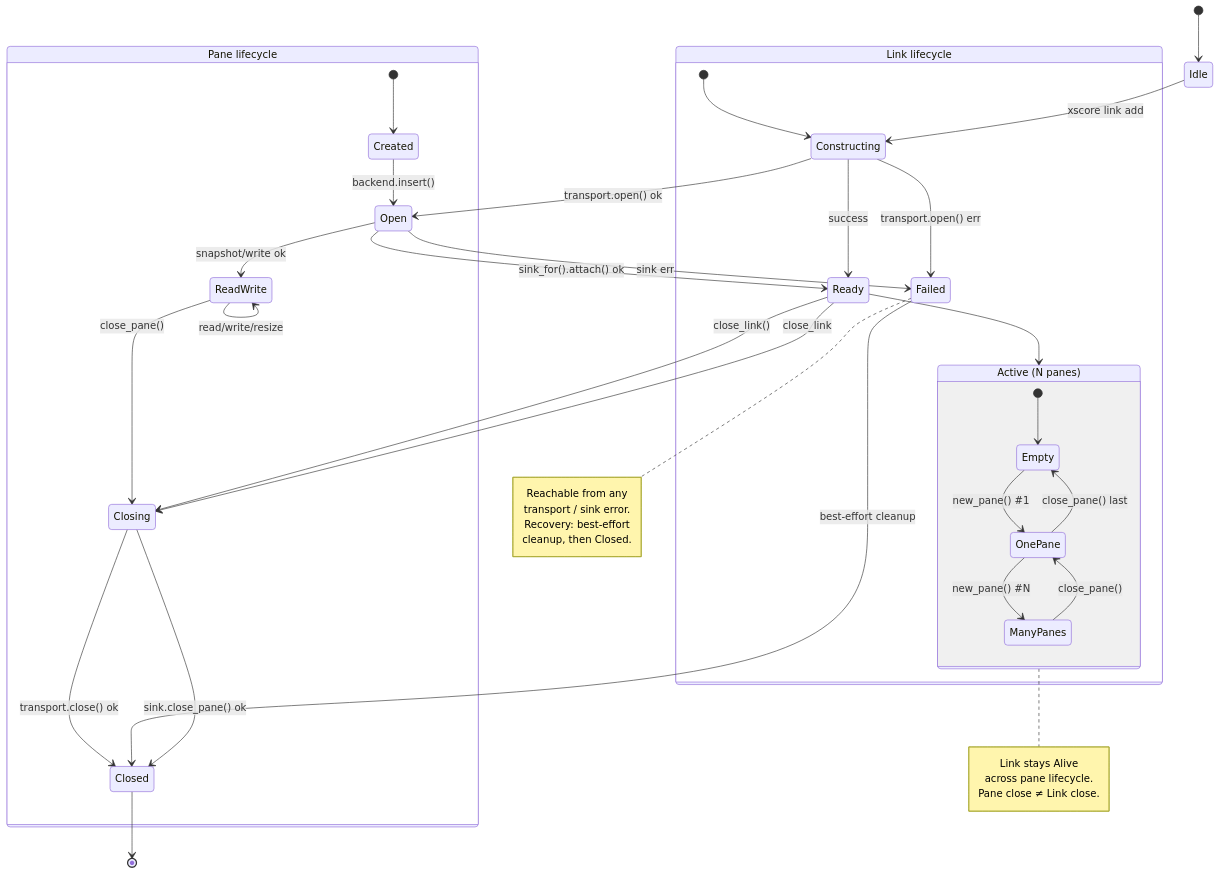
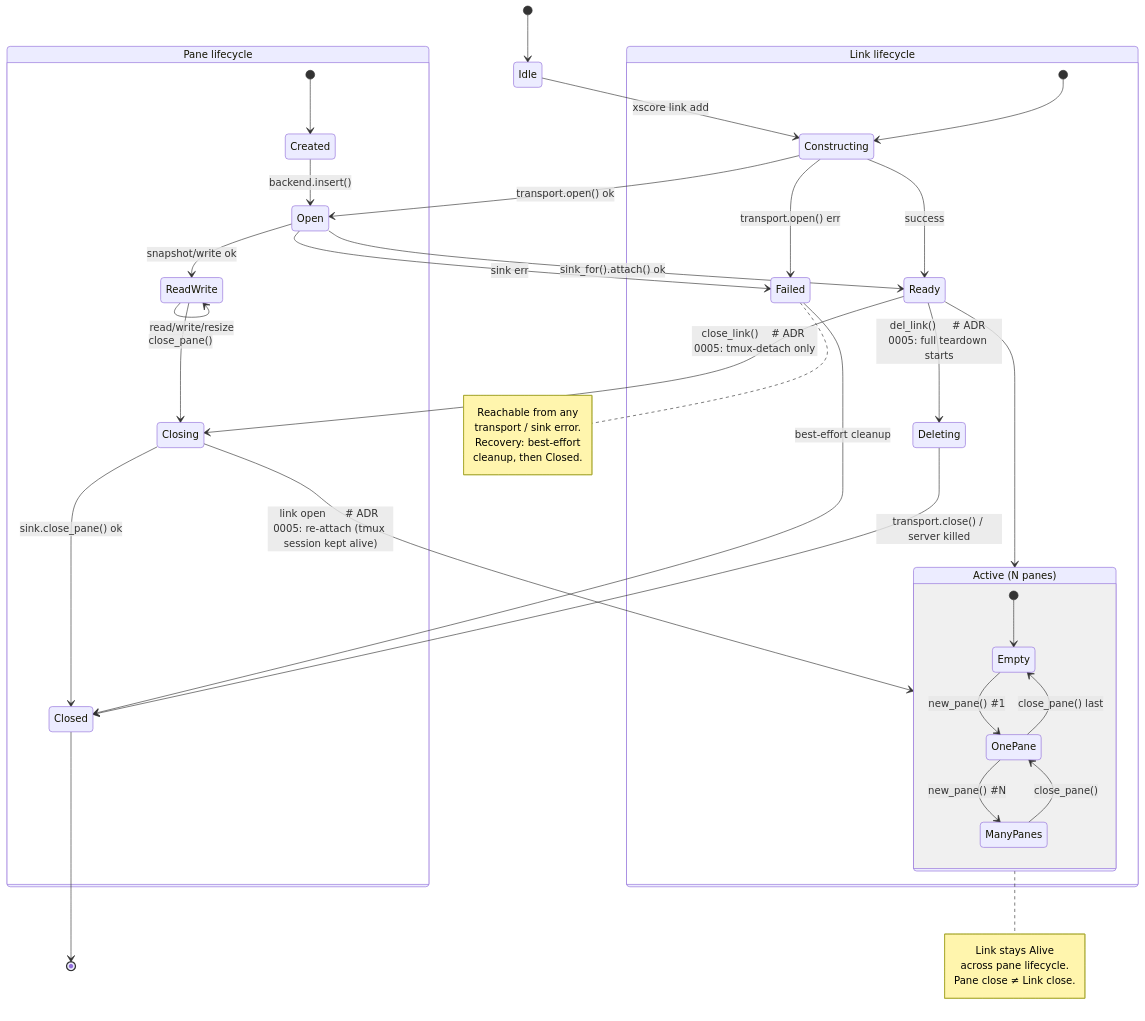
The second of 3 diagrams in doc/dev/architecture/diagrams/README.md (xiaoshan1234/xscore), drawn with Mermaid before and after one commit. The commit also changed other lines of this file and 13 other files, not shown here.

First line of the commit message:
refactor(cli): four-verb link tree (add/del/open/close), retire --link=existing

````diff
--- a/doc/dev/architecture/diagrams/README.md
+++ b/doc/dev/architecture/diagrams/README.md
@@ -119,51 +123,54 @@
 ```mermaid
 stateDiagram-v2
     [*] --> Idle
 
     state "Link lifecycle" as LL {
         [*] --> Constructing
         Constructing --> Open: transport.open() ok
         Constructing --> Failed: transport.open() err
         Open --> Ready: sink_for().attach() ok
         Open --> Failed: sink err
-        Ready --> Closing: close_link()
-        Closing --> Closed: transport.close() ok
+
+        Ready --> Active
+        Ready --> Closing: close_link()    # ADR 0005: tmux-detach only
+        Closing --> Active: link open      # ADR 0005: re-attach (tmux session kept alive)
+        Ready --> Deleting: del_link()     # ADR 0005: full teardown starts
+        Deleting --> Closed: transport.close() / server killed
+
         Failed --> Closed: best-effort cleanup
 
         state "Active (N panes)" as Active {
             [*] --> Empty
             Empty --> OnePane: new_pane() #1
             OnePane --> ManyPanes: new_pane() #N
             ManyPanes --> OnePane: close_pane()
             OnePane --> Empty: close_pane() last
         }
     }
 
     state "Pane lifecycle" as PL {
         [*] --> Created
         Created --> Open: backend.insert()
         Open --> ReadWrite: snapshot/write ok
         ReadWrite --> ReadWrite: read/write/resize
         ReadWrite --> Closing: close_pane()
         Closing --> Closed: sink.close_pane() ok
     }
 
     Idle --> Constructing: xscore link add
     Constructing --> Ready: success
-    Ready --> Active
-    Ready --> Closing: close_link
     Closed --> [*]
 
     note right of Active
         Link stays Alive
         across pane lifecycle.
         Pane close ≠ Link close.
     end note
 
     note right of Failed
         Reachable from any
         transport / sink error.
         Recovery: best-effort
         cleanup, then Closed.
     end note
 ```
````
